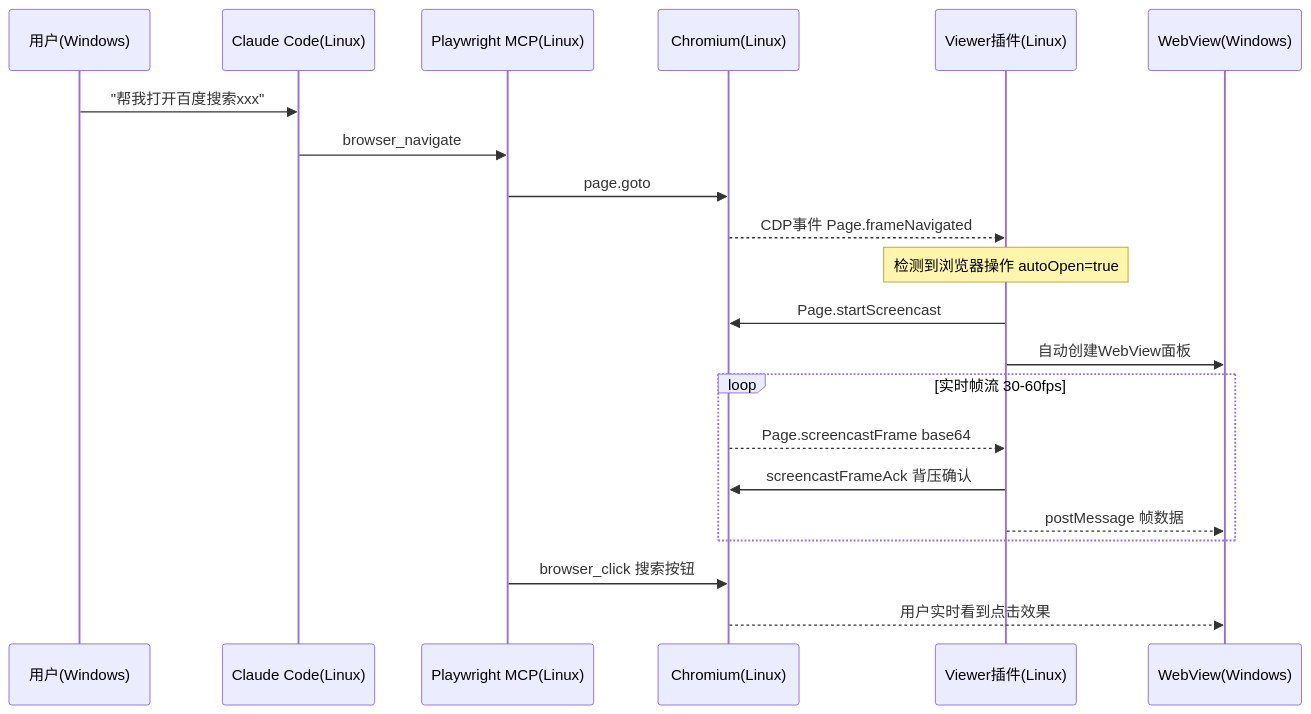
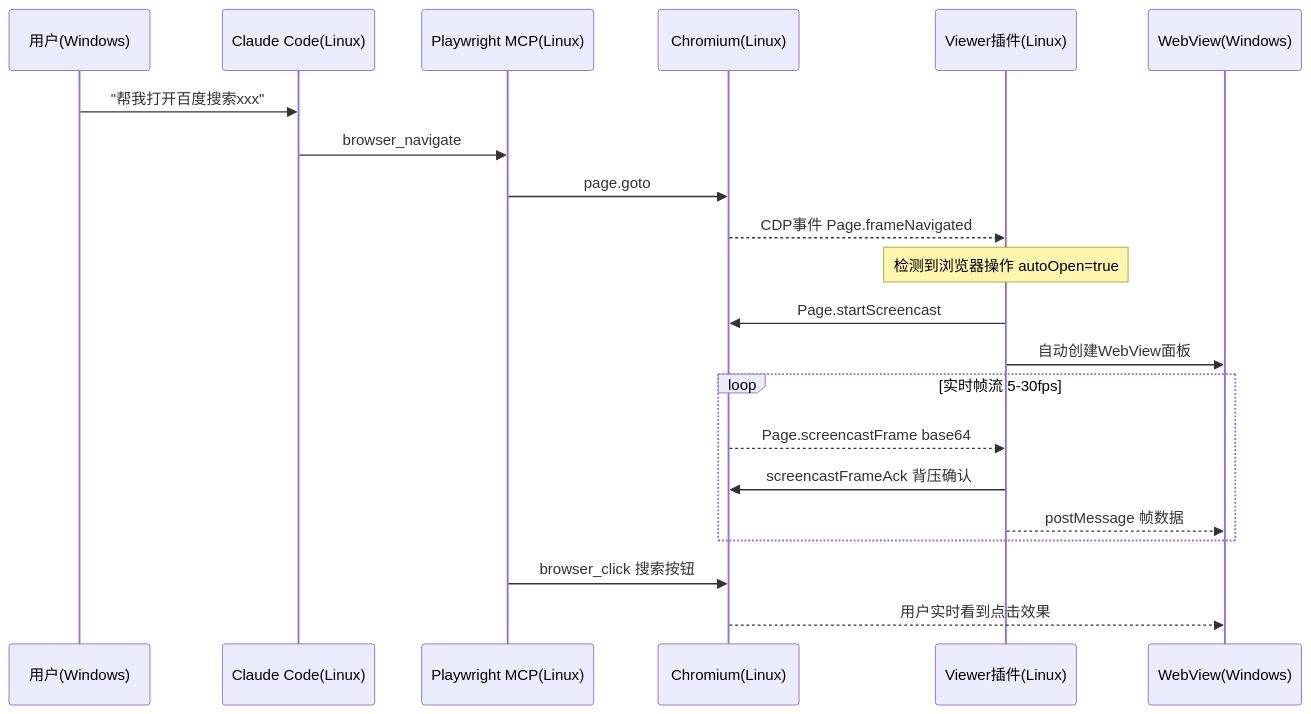
The seventh of 21 diagrams in dev_notes/remote-browser-viewer-guide.md (scutshuxue/ai-coding-research), drawn with Mermaid before and after one commit. The commit also changed other lines of this file, not shown here.

First line of the commit message:
Fix 10 architecture issues in remote browser viewer guide

````diff
--- a/dev_notes/remote-browser-viewer-guide.md
+++ b/dev_notes/remote-browser-viewer-guide.md
@@ -287,28 +289,28 @@
 ```mermaid
 sequenceDiagram
     participant User as 用户(Windows)
     participant CC as Claude Code(Linux)
     participant MCP as Playwright MCP(Linux)
     participant Chrome as Chromium(Linux)
     participant EXT as Viewer插件(Linux)
     participant WV as WebView(Windows)
 
     User->>CC: "帮我打开百度搜索xxx"
     CC->>MCP: browser_navigate
     MCP->>Chrome: page.goto
 
     Chrome-->>EXT: CDP事件 Page.frameNavigated
     Note over EXT: 检测到浏览器操作 autoOpen=true
 
     EXT->>Chrome: Page.startScreencast
     EXT->>WV: 自动创建WebView面板
 
-    loop 实时帧流 30-60fps
+    loop 实时帧流 5-30fps
         Chrome-->>EXT: Page.screencastFrame base64
         EXT->>Chrome: screencastFrameAck 背压确认
         EXT-->>WV: postMessage 帧数据
     end
 
     MCP->>Chrome: browser_click 搜索按钮
     Chrome-->>WV: 用户实时看到点击效果
 ```
````
